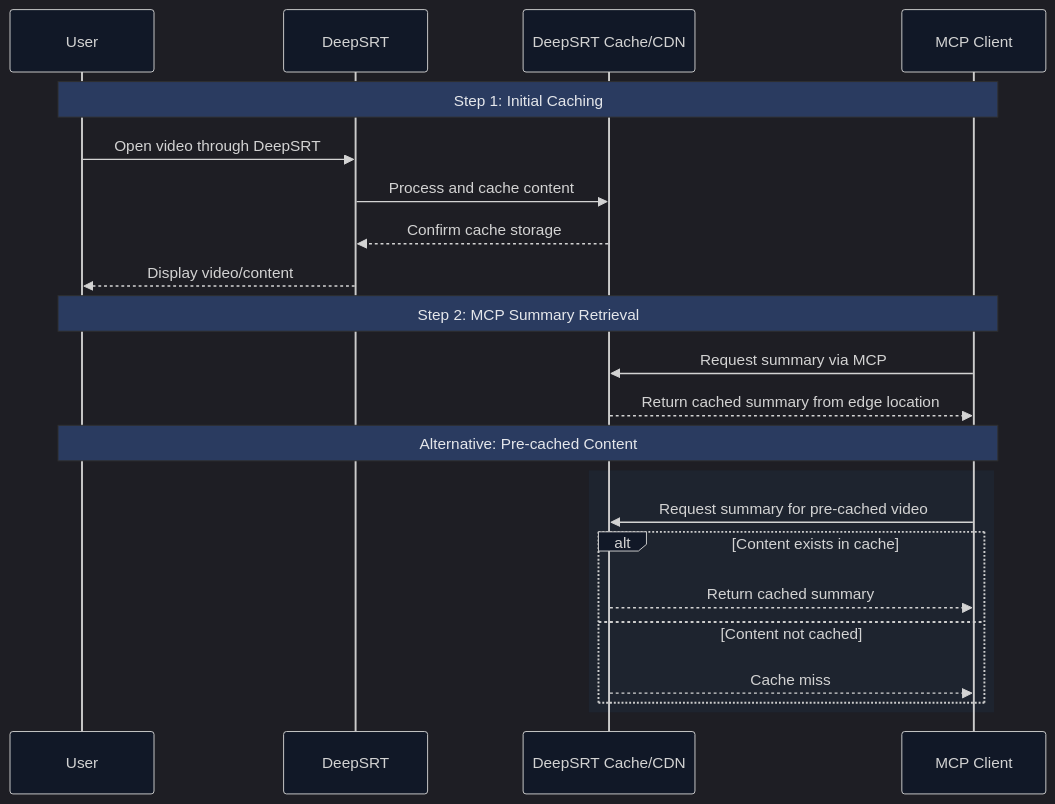
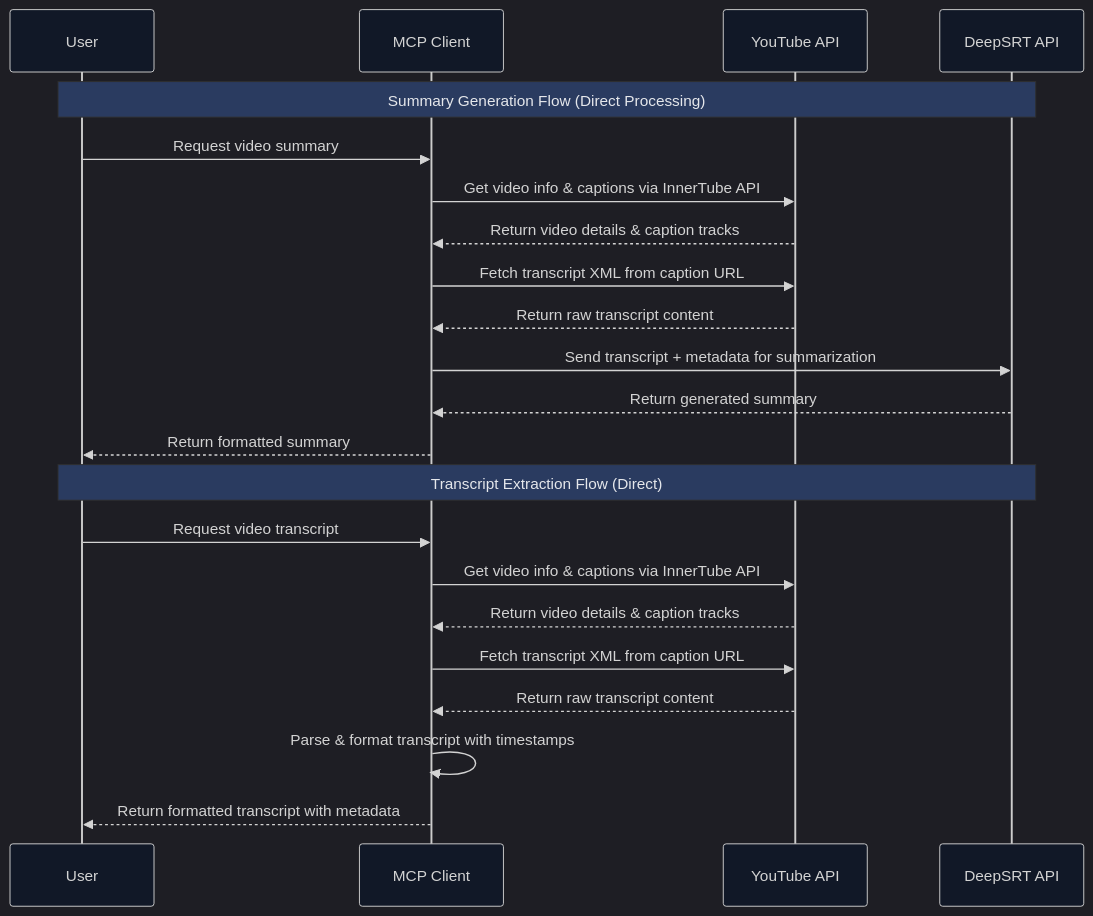
One commit to DeepSRT/deepsrt-mcp changed the third of 3 diagrams in README.md. Above: the diagram before and after it, drawn with Mermaid. The commit also changed other lines of this file and 17 other files, not shown here.

````diff
--- a/README.md
+++ b/README.md
@@ -27,28 +187,27 @@
 ```mermaid
 %%{init: {'theme': 'dark', 'themeVariables': { 'primaryColor': '#2496ED', 'secondaryColor': '#38B2AC', 'tertiaryColor': '#1F2937', 'mainBkg': '#111827', 'textColor': '#E5E7EB', 'lineColor': '#4B5563', 'noteTextColor': '#E5E7EB'}}}%%
 sequenceDiagram
     participant User
-    participant DeepSRT
-    participant Cache as DeepSRT Cache/CDN
     participant MCP as MCP Client
+    participant YouTube as YouTube API
+    participant DeepSRT as DeepSRT API
 
-    Note over User,MCP: Step 1: Initial Caching
-    User->>DeepSRT: Open video through DeepSRT
-    DeepSRT->>Cache: Process and cache content
-    Cache-->>DeepSRT: Confirm cache storage
-    DeepSRT-->>User: Display video/content
+    Note over User,DeepSRT: Summary Generation Flow (Direct Processing)
+    User->>MCP: Request video summary
+    MCP->>YouTube: Get video info & captions via InnerTube API
+    YouTube-->>MCP: Return video details & caption tracks
+    MCP->>YouTube: Fetch transcript XML from caption URL
+    YouTube-->>MCP: Return raw transcript content
+    MCP->>DeepSRT: Send transcript + metadata for summarization
+    DeepSRT-->>MCP: Return generated summary
+    MCP-->>User: Return formatted summary
 
-    Note over User,MCP: Step 2: MCP Summary Retrieval
-    MCP->>Cache: Request summary via MCP
-    Cache-->>MCP: Return cached summary from edge location
-
-    Note over User,MCP: Alternative: Pre-cached Content
-    rect rgba(31, 41, 55, 0.6)
-        MCP->>Cache: Request summary for pre-cached video
-        alt Content exists in cache
-            Cache-->>MCP: Return cached summary
-        else Content not cached
-            Cache-->>MCP: Cache miss
-        end
-    end
+    Note over User,DeepSRT: Transcript Extraction Flow (Direct)
+    User->>MCP: Request video transcript
+    MCP->>YouTube: Get video info & captions via InnerTube API
+    YouTube-->>MCP: Return video details & caption tracks
+    MCP->>YouTube: Fetch transcript XML from caption URL
+    YouTube-->>MCP: Return raw transcript content
+    MCP->>MCP: Parse & format transcript with timestamps
+    MCP-->>User: Return formatted transcript with metadata
 ```
````
